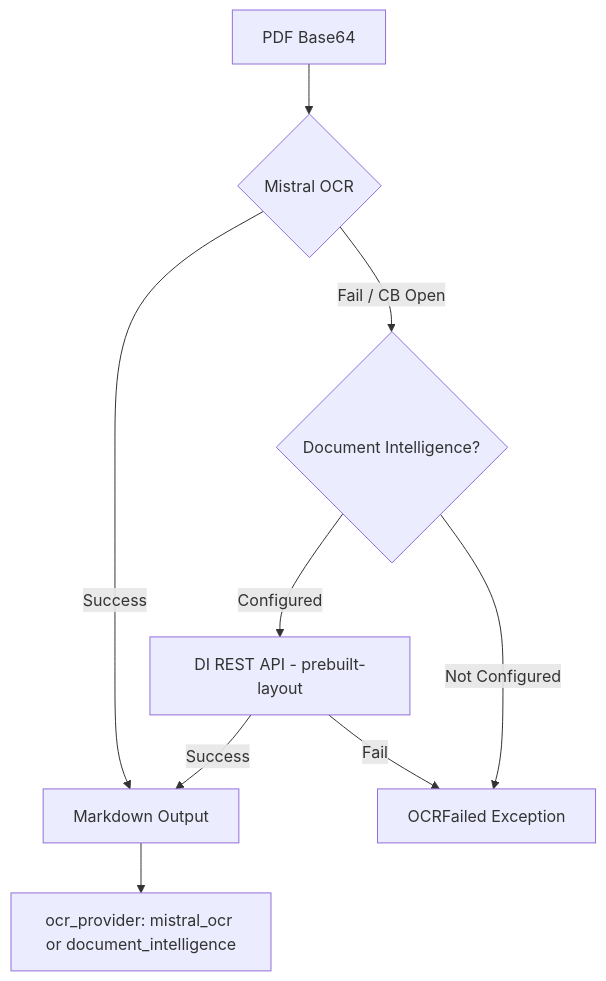
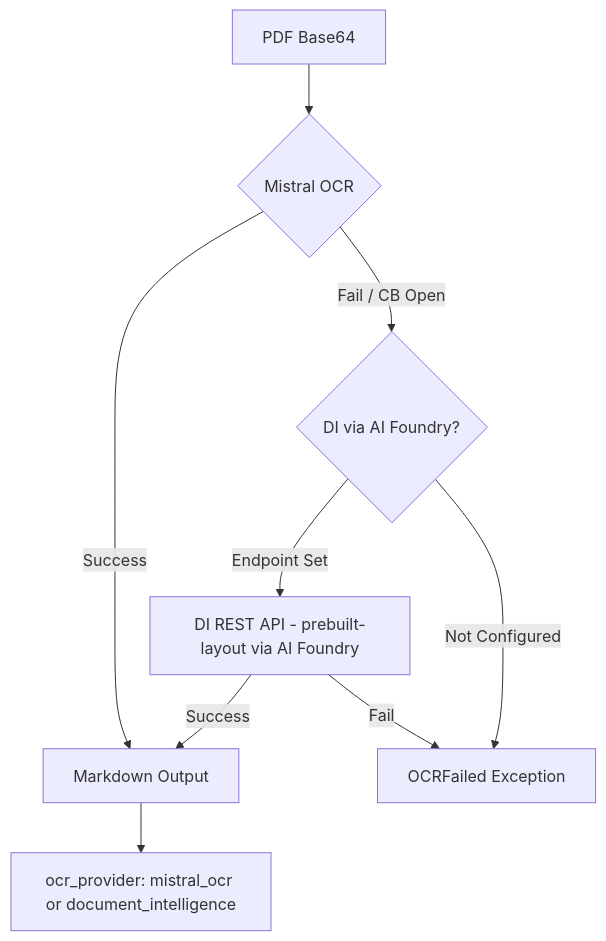
Before and after one commit to olivMertens/ClassyMail: the fourth of 6 diagrams in docs/ARCHITECTURE.md, drawn with Mermaid. The commit also changed other lines of this file and 10 other files, not shown here.

First line of the commit message:
docs: update DI architecture to reflect AI Foundry endpoint integration

````diff
--- a/docs/ARCHITECTURE.md
+++ b/docs/ARCHITECTURE.md
@@ -185,11 +187,11 @@
 ```mermaid
 flowchart TD
     PDF[PDF Base64] --> Mistral{"Mistral OCR"}
     Mistral -->|Success| MD[Markdown Output]
-    Mistral -->|Fail / CB Open| DI{"Document Intelligence?"}
-    DI -->|Configured| DIAPI["DI REST API - prebuilt-layout"]
+    Mistral -->|Fail / CB Open| DI{"DI via AI Foundry?"}
+    DI -->|Endpoint Set| DIAPI["DI REST API - prebuilt-layout via AI Foundry"]
     DI -->|Not Configured| Error[OCRFailed Exception]
     DIAPI -->|Success| MD
     DIAPI -->|Fail| Error
     MD --> Provider["ocr_provider: mistral_ocr or document_intelligence"]
 ```
````
